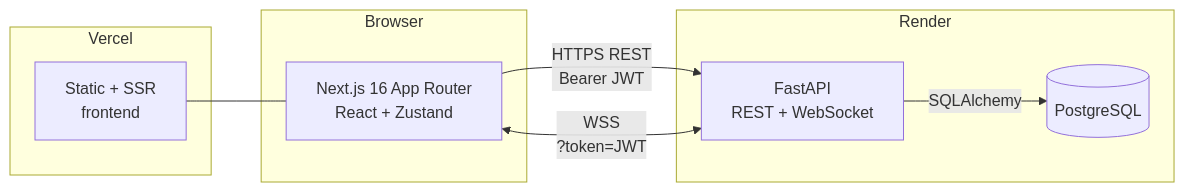
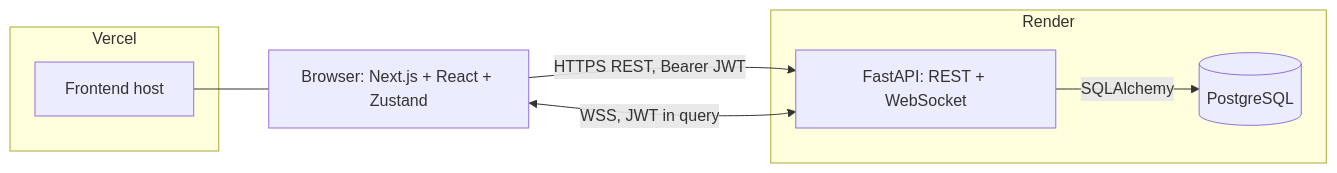
Before and after one commit to pandeyadarsh2503/Zoom_Clone: the first of 2 diagrams in README.md, drawn with Mermaid. The commit also changed other lines of this file, not shown here.

````diff
--- a/README.md
+++ b/README.md
@@ -60,18 +60,18 @@
 ```mermaid
 flowchart LR
-    subgraph Client["Browser"]
-        UI["Next.js 16 App Router<br/>React + Zustand"]
+    UI["Browser: Next.js + React + Zustand"]
+
+    subgraph Vercel
+        FE["Frontend host"]
     end
-    subgraph Vercel
-        FE["Static + SSR<br/>frontend"]
-    end
+
     subgraph Render
-        API["FastAPI<br/>REST + WebSocket"]
+        API["FastAPI: REST + WebSocket"]
         DB[("PostgreSQL")]
     end
 
-    UI -->|HTTPS REST<br/>Bearer JWT| API
-    UI <-->|WSS<br/>?token=JWT| API
     FE --- UI
-    API -->|SQLAlchemy| DB
+    UI -->|"HTTPS REST, Bearer JWT"| API
+    UI <-->|"WSS, JWT in query"| API
+    API -->|"SQLAlchemy"| DB
 ```
````
